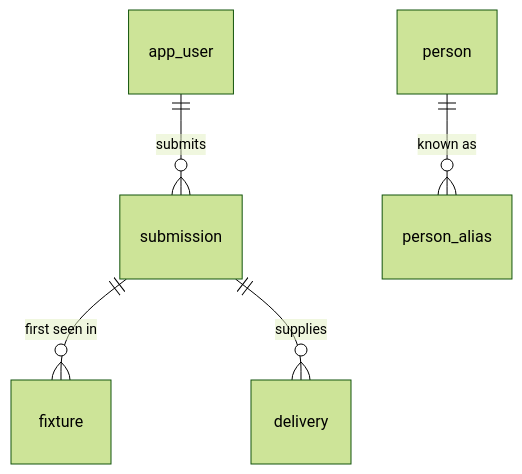
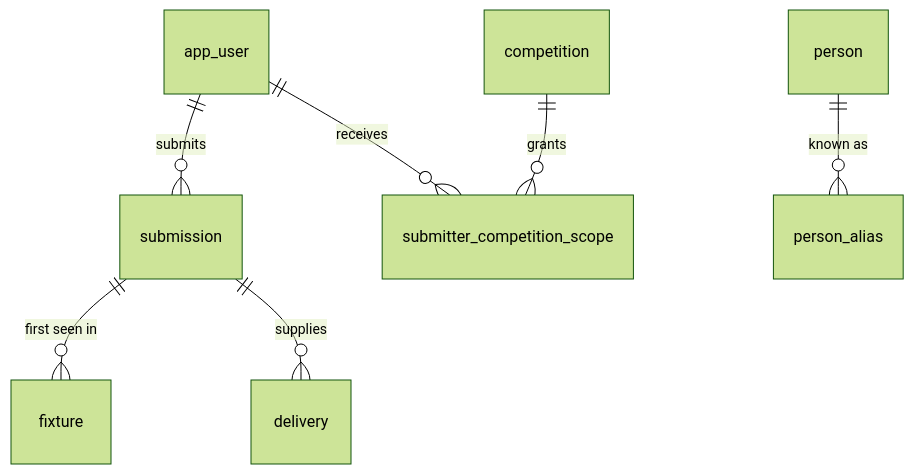
Before and after one commit to NadavSundy/Sport-Analytics-Tool: the first of 3 diagrams in docs/database/erd.md, drawn with Mermaid (forest theme). The commit also changed other lines of this file and 37 other files, not shown here.

````diff
--- a/docs/database/erd.md
+++ b/docs/database/erd.md
@@ -13,7 +11,9 @@
 ```mermaid
 erDiagram
     app_user ||--o{ submission : submits
+    app_user ||--o{ submitter_competition_scope : receives
+    competition ||--o{ submitter_competition_scope : grants
     submission ||--o{ fixture : "first seen in"
     submission ||--o{ delivery : supplies
     person ||--o{ person_alias : "known as"
 ```
````
